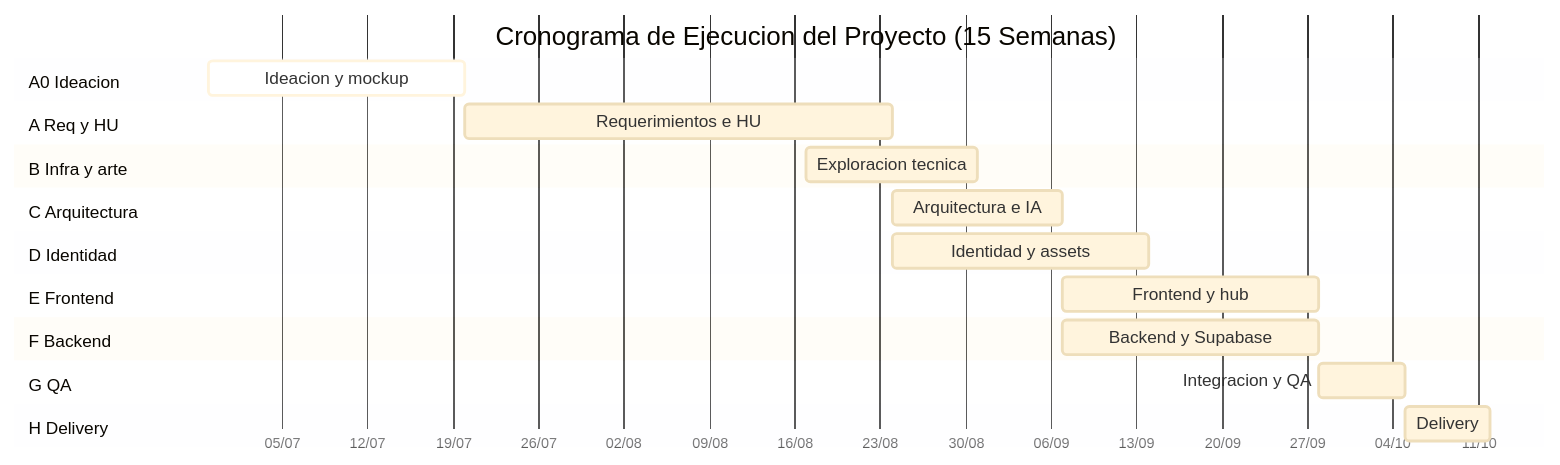
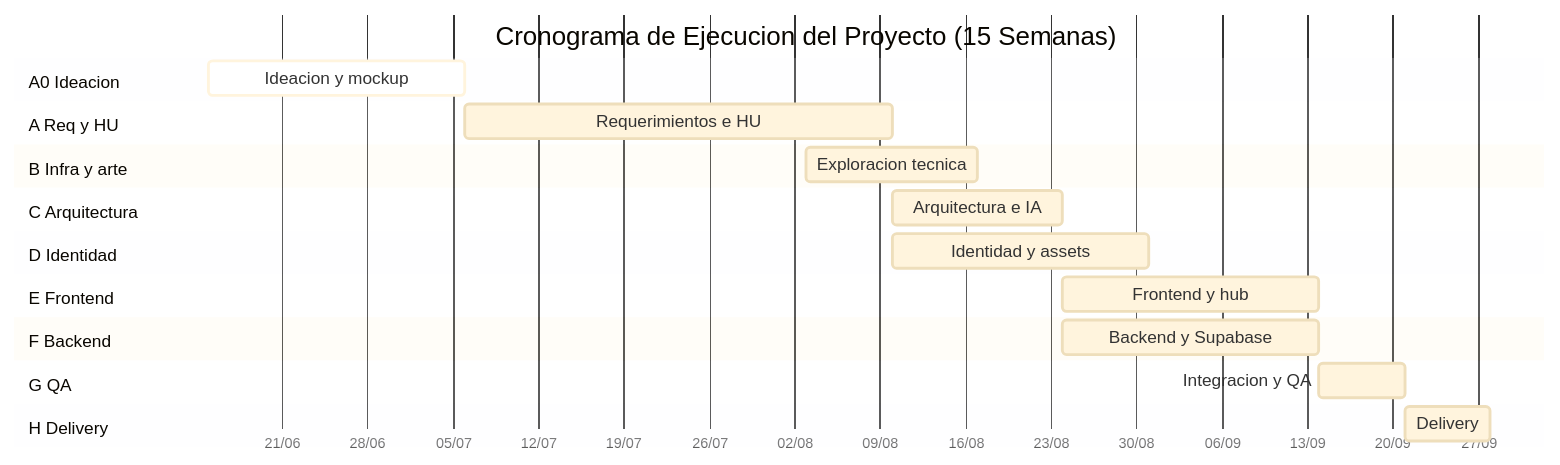
One commit to anguihero/proyecto_everest changed the diagram in 01_planning/project_gantt_plan.md. Above: the diagram before and after it, drawn with Mermaid.

````diff
--- a/01_planning/project_gantt_plan.md
+++ b/01_planning/project_gantt_plan.md
@@ -65,34 +65,34 @@
 ```mermaid
 %%{init: {"theme": "base", "gantt": {"displayMode": "compact", "barHeight": 24, "barGap": 6, "topPadding": 36, "leftPadding": 135, "gridLineStartPadding": 18, "fontSize": 12, "sectionFontSize": 12}}}%%
 gantt
     title Cronograma de Ejecucion del Proyecto (15 Semanas)
     dateFormat  YYYY-MM-DD
     axisFormat  %d/%m
 
     section A0 Ideacion
-    Ideacion y mockup :active, a0, 2026-06-29, 21d
+    Ideacion y mockup :active, a0, 2026-06-15, 21d
 
     section A Req y HU
-    Requerimientos e HU :a1, 2026-07-20, 35d
+    Requerimientos e HU :a1, 2026-07-06, 35d
 
     section B Infra y arte
-    Exploracion tecnica :b1, 2026-08-17, 14d
+    Exploracion tecnica :b1, 2026-08-03, 14d
 
     section C Arquitectura
-    Arquitectura e IA :c1, 2026-08-24, 14d
+    Arquitectura e IA :c1, 2026-08-10, 14d
 
     section D Identidad
-    Identidad y assets :d1, 2026-08-24, 21d
+    Identidad y assets :d1, 2026-08-10, 21d
 
     section E Frontend
-    Frontend y hub :e1, 2026-09-07, 21d
+    Frontend y hub :e1, 2026-08-24, 21d
 
     section F Backend
-    Backend y Supabase :f1, 2026-09-07, 21d
+    Backend y Supabase :f1, 2026-08-24, 21d
 
     section G QA
-    Integracion y QA :g1, 2026-09-28, 7d
+    Integracion y QA :g1, 2026-09-14, 7d
 
     section H Delivery
-    Delivery :h1, 2026-10-05, 7d
+    Delivery :h1, 2026-09-21, 7d
 ```
````
